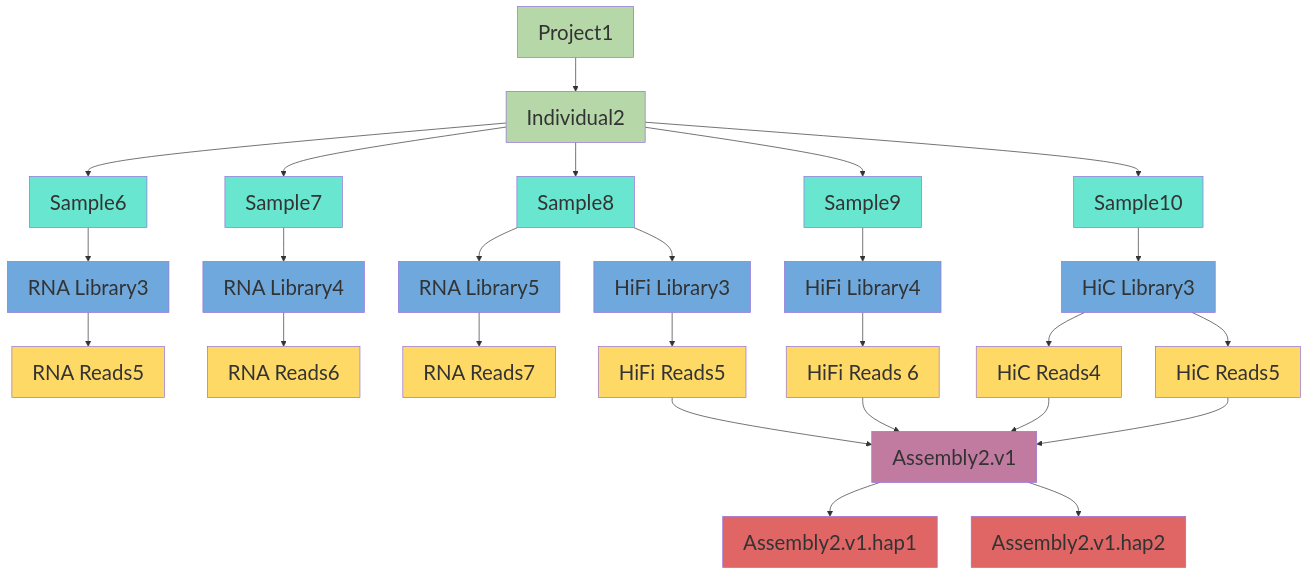
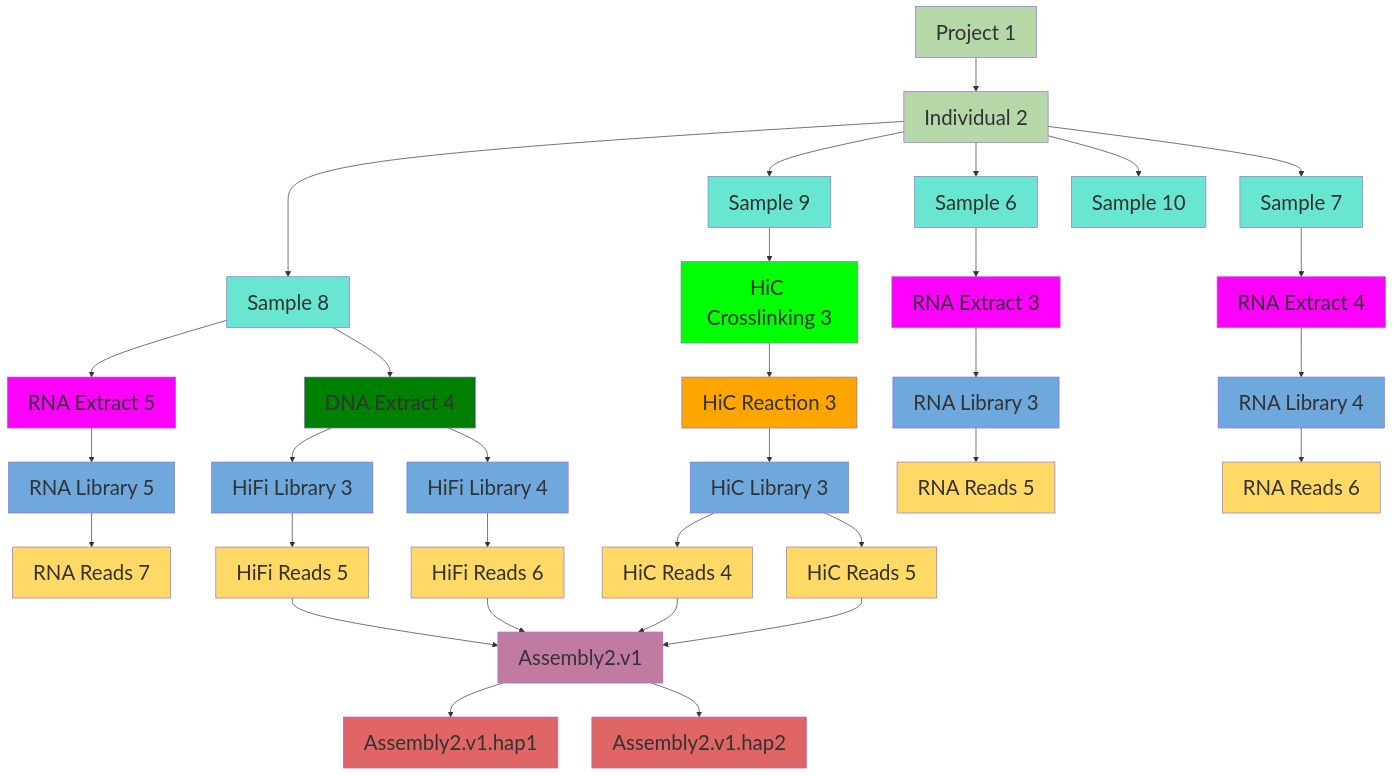
The second of 2 diagrams in ID/IDscheme.md (mahajrod/YggdrasilProtocols), drawn with Mermaid before and after one commit. The commit also changed other lines of this file, not shown here.

````diff
--- a/ID/IDscheme.md
+++ b/ID/IDscheme.md
@@ -102,42 +102,54 @@
 ```mermaid
 flowchart TD
-    Project[Project1]:::Project --> Individual2[Individual2]:::Individual
-    Individual2 --> Sample6[Sample6]:::Sample
-    Individual2 --> Sample7[Sample7]:::Sample
-    Individual2 --> Sample8[Sample8]:::Sample
-    Individual2 --> Sample9[Sample9]:::Sample
-    Individual2 --> Sample10[Sample10]:::Sample
+    Project[Project 1]:::Project --> Individual2[Individual 2]:::Individual
+    Individual2 --> Sample6[Sample 6]:::Sample
+    Individual2 --> Sample7[Sample 7]:::Sample
+    Individual2 --> Sample8[Sample 8]:::Sample
+    Individual2 --> Sample9[Sample 9]:::Sample
+    Individual2 --> Sample10[Sample 10]:::Sample
     
-    Sample6 --> RNALibrary3[RNA Library3]:::Library
-    Sample7 --> RNALibrary4[RNA Library4]:::Library
-    Sample8 --> RNALibrary5[RNA Library5]:::Library
-    Sample8 --> HiFiLibrary3[HiFi Library3]:::Library
-    Sample9 --> HiFiLibrary4[HiFi Library4]:::Library
-    Sample10 --> HiCLibrary3[HiC Library3]:::Library
+    Sample6 --> RNAExtract3["RNA Extract 3"]:::RNAExtract
+    Sample7 --> RNAExtract4["RNA Extract 4"]:::RNAExtract
+    Sample8 --> RNAExtract5["RNA Extract 5"]:::RNAExtract
+    Sample8 --> DNAExtract4[DNA Extract 4]:::DNAExtract
+    Sample9 --> HiCCrosslinking3["HiC Crosslinking 3"]:::HiCCrosslinking
     
-    RNALibrary3[RNA Library3] --> RNAReads3[RNA Reads5]:::Reads
-    RNALibrary4[RNA Library4] --> RNAReads4[RNA Reads6]:::Reads
-    RNALibrary5[RNA Library5] --> RNAReads5[RNA Reads7]:::Reads
-    HiFiLibrary3[HiFi Library3] --> HiFIReads5[HiFi Reads5]:::Reads
-    HiFiLibrary4[HiFi Library4] --> HiFIReads6[HiFi Reads 6]:::Reads
-    HiCLibrary3[HiC Library3] --> HiСReads4[HiС Reads4]:::Reads
-    HiCLibrary3[HiC Library3] --> HiСReads5[HiС Reads5]:::Reads
+    RNAExtract3 --> RNALibrary3[RNA Library 3]:::Library
+    RNAExtract4 --> RNALibrary4[RNA Library 4]:::Library
+    RNAExtract5 --> RNALibrary5[RNA Library 5]:::Library
+    
+    HiCCrosslinking3 --> HiCReaction3[HiC Reaction 3]:::HiCReaction
+    HiCReaction3 --> HiCLibrary3[HiC Library 3]:::Library
+    DNAExtract4 --> HiFiLibrary3[HiFi Library 3]:::Library
+    DNAExtract4 --> HiFiLibrary4[HiFi Library 4]:::Library
+    
+    RNALibrary3[RNA Library 3] --> RNAReads3[RNA Reads 5]:::Reads
+    RNALibrary4[RNA Library 4] --> RNAReads4[RNA Reads 6]:::Reads
+    RNALibrary5[RNA Library 5] --> RNAReads5[RNA Reads 7]:::Reads
+    HiFiLibrary3[HiFi Library 3] --> HiFIReads5[HiFi Reads 5]:::Reads
+    HiFiLibrary4[HiFi Library 4] --> HiFIReads6[HiFi Reads 6]:::Reads
+    HiCLibrary3[HiC Library 3] --> HiСReads4[HiС Reads 4]:::Reads
+    HiCLibrary3[HiC Library 3] --> HiСReads5[HiС Reads 5]:::Reads
     
     HiFIReads5 --> GenomeAssembly2.v1[Assembly2.v1]:::Assembly
     HiFIReads6 --> GenomeAssembly2.v1[Assembly2.v1]:::Assembly
     HiСReads4 --> GenomeAssembly2.v1[Assembly2.v1]:::Assembly
     HiСReads5 --> GenomeAssembly2.v1[Assembly2.v1]:::Assembly
     
     GenomeAssembly2.v1 --> GenomeAssembly2.v1.hap1[Assembly2.v1.hap1]:::Haplotype
     GenomeAssembly2.v1 --> GenomeAssembly2.v1.hap2[Assembly2.v1.hap2]:::Haplotype
     
     classDef Project fill:#b6d7a8,font-color:black,font-size:30
     classDef Individual fill:#b6d7a8,font-color:black,font-size:30
     classDef Sample fill:#68E6CF,font-color:black,font-size:30
+    classDef DNAExtract fill:green,font-color:black,font-size:30
+    classDef HiCCrosslinking fill:lime,font-color:black,font-size:30
+    classDef HiCReaction fill:orange,font-color:black,font-size:30
+    classDef RNAExtract fill:magenta,font-color:black,font-size:30
     classDef Library fill:#6fa8dc,font-color:black,font-size:30
     classDef Reads fill:#ffd966,font-color:black,font-size:30
     classDef Assembly fill:#c27ba0,font-color:black,font-size:30
     classDef Haplotype fill:#e06666,font-color:black,font-size:30
 
 
 ```
````
